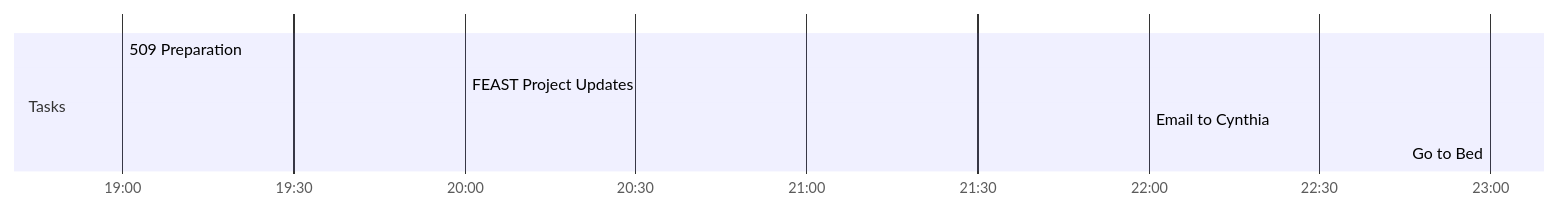
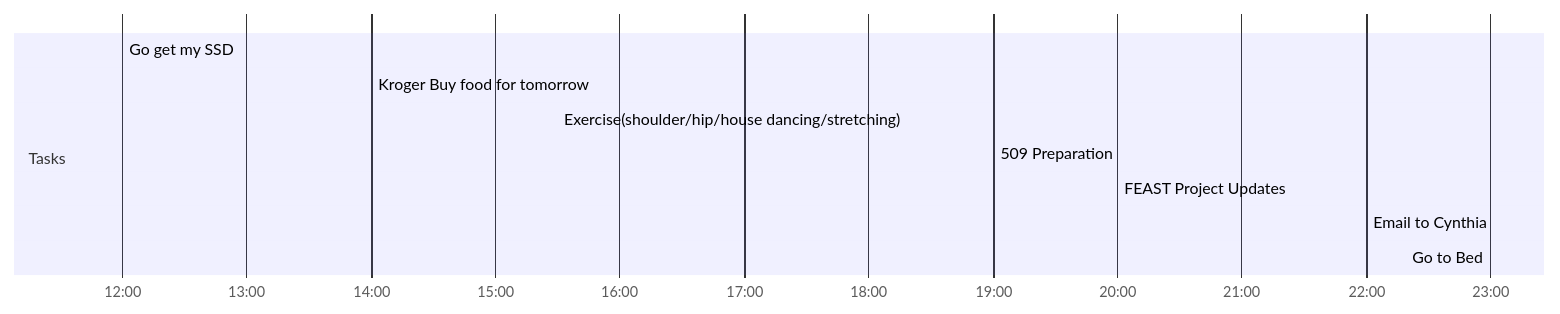
One commit to PseudoPau/ThesisLog changed the diagram in Day Planners/Day Planner-20230103.md. Above: the diagram before and after it, drawn with Mermaid. The commit also changed other lines of this file and 8 other files, not shown here.

````diff
--- a/Day Planners/Day Planner-20230103.md
+++ b/Day Planners/Day Planner-20230103.md
@@ -2,13 +2,16 @@
 ```mermaid
 gantt
     dateFormat  HH-mm
     axisFormat %H:%M
-    %% Current Time: 6:53:43 PM
+    %% Current Time: 7:13:41 PM
     section Tasks
+    Go get my SSD     :12-00, 120mm
+    Kroger Buy food for tomorrow     :14-00, 90mm
+    Exercise(shoulder/hip/house dancing/stretching)     :15-30, 210mm
     509 Preparation     :19-00, 60mm
     FEAST Project Updates     :20-00, 120mm
     Email to Cynthia     :22-00, 60mm
     Go to Bed     :23-00, 0mm
     section Breaks
 
 ```
````
